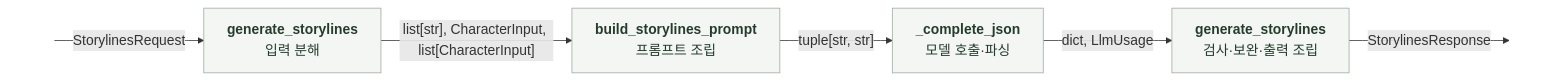
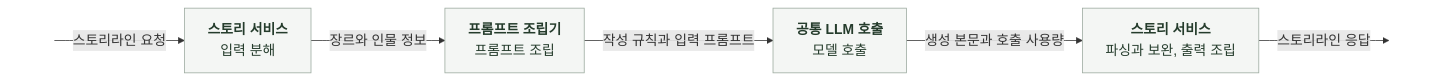
Before and after one commit to KIM-N-KANG/knk-harness: the first of 4 diagrams in docs/domain/STORY/AI/6-2-SOFTWARE-IMPLEMENTATION.md, drawn with Mermaid. The commit also changed other lines of this file and 24 other files, not shown here.

````diff
--- a/docs/domain/STORY/AI/6-2-SOFTWARE-IMPLEMENTATION.md
+++ b/docs/domain/STORY/AI/6-2-SOFTWARE-IMPLEMENTATION.md
@@ -27,13 +29,13 @@
 ```mermaid
 %%{init: {"themeVariables": {"fontSize": "18px"}, "flowchart": {"curve": "basis", "htmlLabels": true, "nodeSpacing": 24, "rankSpacing": 48}}}%%
 flowchart LR
-    I[" "] -->|StorylinesRequest| A["<b>generate_storylines</b><br/>입력 분해"]
-    A -->|"list[str], CharacterInput, list[CharacterInput]"| B["<b>build_storylines_prompt</b><br/>프롬프트 조립"]
-    B -->|"tuple[str, str]"| C["<b>_complete_json</b><br/>모델 호출·파싱"]
-    C -->|"dict, LlmUsage"| D["<b>generate_storylines</b><br/>검사·보완·출력 조립"]
-    D -->|StorylinesResponse| O[" "]
+    I[" "] -->|스토리라인 요청| A["<b>스토리 서비스</b><br/>입력 분해"]
+    A -->|"장르와 인물 정보"| B["<b>프롬프트 조립기</b><br/>프롬프트 조립"]
+    B -->|"작성 규칙과 입력 프롬프트"| C["<b>공통 LLM 호출</b><br/>모델 호출"]
+    C -->|"생성 본문과 호출 사용량"| D["<b>스토리 서비스</b><br/>파싱과 보완, 출력 조립"]
+    D -->|스토리라인 응답| O[" "]
     classDef code fill:#F4F6F4,stroke:#9BA99E,color:#253C2C
     class A,B,C,D code
     style I fill:none,stroke:none
     style O fill:none,stroke:none
 ```
````
